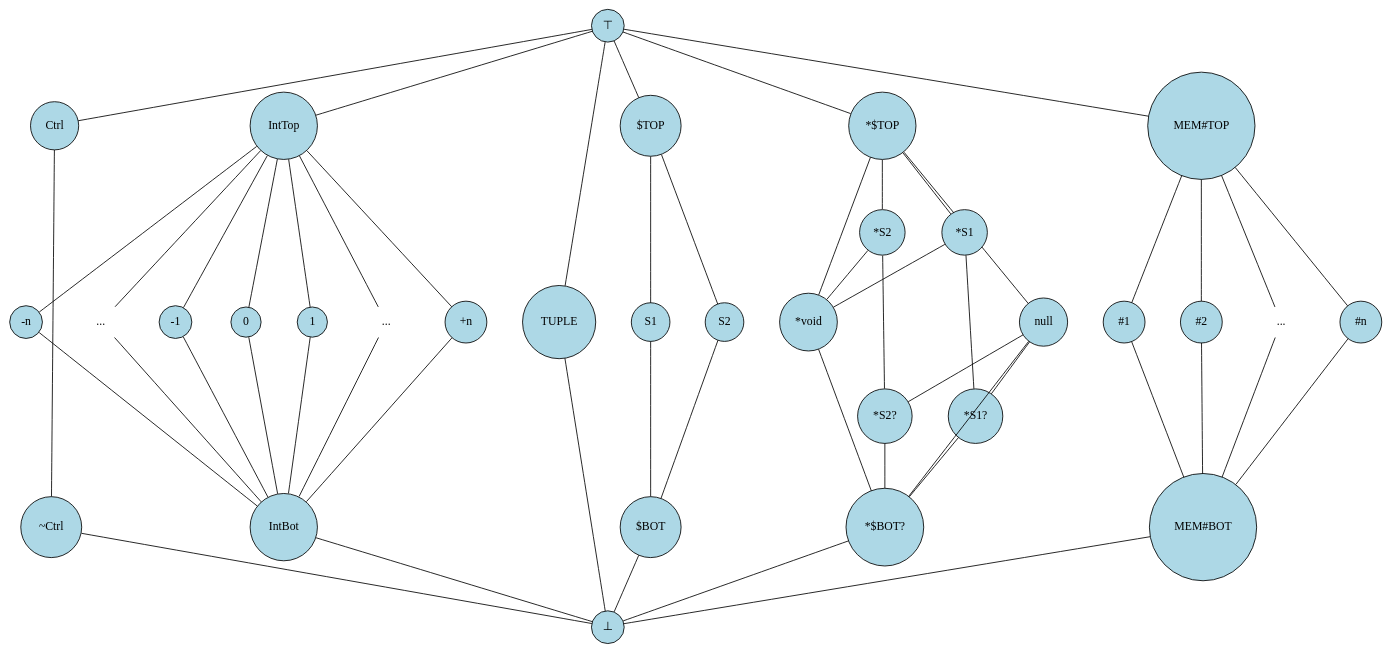
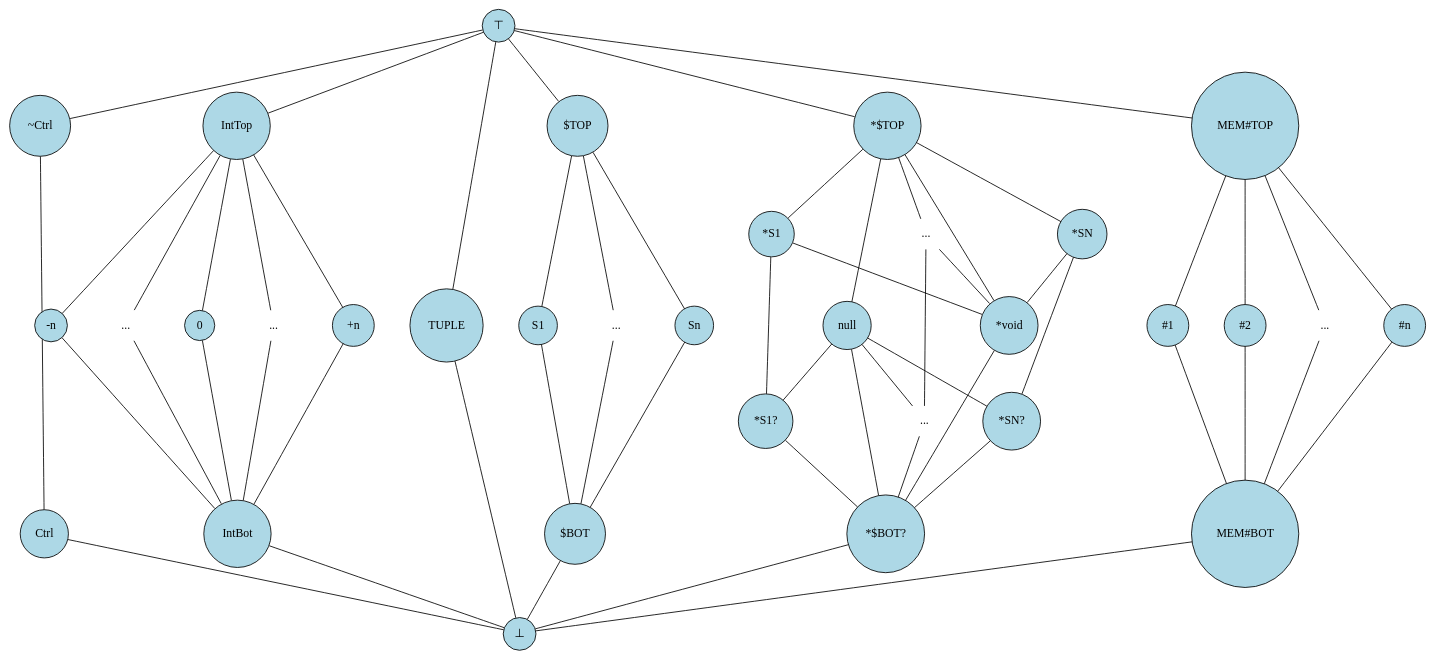
One commit to SeaOfNodes/Simple changed the diagram in chapter10/docs/lattice.gv. Above: the diagram before and after it, drawn with Graphviz. The commit also changed 2 other files, not shown here.

Commit message:
Update the lattice visual. Add description of the new edges in the SoN graph

```diff
--- a/chapter10/docs/lattice.gv
+++ b/chapter10/docs/lattice.gv
@@ -1,127 +1,135 @@
 digraph Lattice {
     // Define nodes
     splines=false;
     node [shape=circle, style=filled, fillcolor=lightblue];
     nodesep=0.6;
 
     TOP [label="⊤"];
     BOT [label="⊥"];
 
+    XCTRL [label="~Ctrl"];
     CTRL [label="Ctrl"];
-    XCTRL [label="~Ctrl"];
 
     INT_TOP [label="IntTop"];
     INT_BOT [label="IntBot"];
 
     INT_MIN [label="-n"];
     INT_MINDOTS [label="..." shape=none style=none];
-    INT_MINUS [label="-1"];
     INT_ZERO [label="0"];
-    INT_PLUS [label="1"];
     INT_MAXDOTS [label="..." shape=none style=none];
     INT_MAX [label="+n"];
 
     TUPLE [label="TUPLE"];
 
     STRUCT_TOP [label="$TOP"];
     STRUCT_S1  [label="S1"];
-    STRUCT_S2  [label="S2"];
+    STRUCT_DOTS  [label="..." shape=none style=none];
+    STRUCT_SN  [label="Sn"];
     STRUCT_BOT [label="$BOT"]
 
     PTR_TOP      [label="*$TOP"];
     PTR_NULL     [label="null"];
     PTR_VOIDPTR  [label="*void"];
     PTR_S1       [label="*S1"];
-    PTR_S2       [label="*S2"];
+    PTR_SDOTS    [label="..." shape=none style=none];
+    PTR_SN       [label="*SN"];
     PTR_S1OPT    [label="*S1?"];
-    PTR_S2OPT    [label="*S2?"];
+    PTR_SOPTDOTS    [label="..." shape=none style=none];
+    PTR_SNOPT    [label="*SN?"];
     PTR_BOT      [label="*$BOT?"];
 
     MEM_TOP      [label="MEM#TOP"];
     MEM_ALIAS1   [label="#1"];
     MEM_ALIAS2   [label="#2"];
     MEM_ALIASDOTS  [label="..." shape=none style=none];
     MEM_ALIASN   [label="#n"];
     MEM_BOT      [label="MEM#BOT"];
 
     // Define edges
     edge [arrowhead=none];
 
-    TOP -> CTRL;
-    CTRL -> XCTRL;
-    XCTRL -> BOT;
+    TOP -> XCTRL;
+    XCTRL -> CTRL;
+    CTRL -> BOT;
 
     TOP         -> INT_TOP;
     INT_TOP     -> INT_MIN;
     INT_TOP     -> INT_MINDOTS;
-    INT_TOP     -> INT_MINUS;
     INT_TOP     -> INT_ZERO;
-    INT_TOP     -> INT_PLUS;
     INT_TOP     -> INT_MAXDOTS;
     INT_TOP     -> INT_MAX;
     INT_MIN     -> INT_BOT;
     INT_MINDOTS -> INT_BOT;
-    INT_MINUS   -> INT_BOT;
     INT_ZERO    -> INT_BOT;
-    INT_PLUS    -> INT_BOT;
     INT_MAXDOTS -> INT_BOT;
     INT_MAX     -> INT_BOT;
     INT_BOT     -> BOT;
 
-    INT_MIN -> INT_MINDOTS -> INT_MINUS -> INT_ZERO -> INT_PLUS -> INT_MAXDOTS -> INT_MAX [style=invis];
+    INT_MIN -> INT_MINDOTS -> INT_ZERO -> INT_MAXDOTS -> INT_MAX [style=invis];
 
     TOP          -> TUPLE;
     TUPLE        -> BOT;
 
     TOP          -> STRUCT_TOP;
     STRUCT_TOP   -> STRUCT_S1;
-    STRUCT_TOP   -> STRUCT_S2;
+    STRUCT_TOP   -> STRUCT_DOTS;
+    STRUCT_TOP   -> STRUCT_SN;
     STRUCT_S1    -> STRUCT_BOT;
-    STRUCT_S2    -> STRUCT_BOT;
+    STRUCT_DOTS  -> STRUCT_BOT;
+    STRUCT_SN    -> STRUCT_BOT;
     STRUCT_BOT   -> BOT;
+
+    STRUCT_S1 -> STRUCT_DOTS -> STRUCT_SN [style=invis];
 
     TOP          -> PTR_TOP;
     PTR_TOP      -> PTR_S1;
-    PTR_TOP      -> PTR_S2;
+    PTR_TOP      -> PTR_SDOTS;
+    PTR_TOP      -> PTR_SN;
     PTR_TOP      -> PTR_NULL;
     PTR_TOP      -> PTR_VOIDPTR;
     PTR_NULL     -> PTR_BOT;
     PTR_NULL     -> PTR_S1OPT;
-    PTR_NULL     -> PTR_S2OPT;
+    PTR_NULL     -> PTR_SOPTDOTS;
+    PTR_NULL     -> PTR_SNOPT;
     PTR_S1       -> PTR_S1OPT;
     PTR_S1       -> PTR_VOIDPTR;
-    PTR_S2       -> PTR_S2OPT;
-    PTR_S2       -> PTR_VOIDPTR;
+    PTR_SDOTS    -> PTR_SOPTDOTS;
+    PTR_SDOTS    -> PTR_VOIDPTR;
+    PTR_SN       -> PTR_SNOPT;
+    PTR_SN       -> PTR_VOIDPTR;
     PTR_VOIDPTR  -> PTR_BOT;
     PTR_S1OPT    -> PTR_BOT;
-    PTR_S2OPT    -> PTR_BOT;
+    PTR_SOPTDOTS -> PTR_BOT;
+    PTR_SNOPT    -> PTR_BOT;
     PTR_BOT      -> BOT;
+
+    PTR_S1 -> PTR_SDOTS -> PTR_SN [style=invis];
+    PTR_S1OPT -> PTR_SOPTDOTS -> PTR_SNOPT [style=invis];
 
     TOP          -> MEM_TOP;
     MEM_TOP      -> MEM_ALIAS1;
     MEM_TOP      -> MEM_ALIAS2;
     MEM_TOP      -> MEM_ALIASDOTS;
     MEM_TOP      -> MEM_ALIASN;
     MEM_ALIAS1   -> MEM_BOT;
     MEM_ALIAS2   -> MEM_BOT;
     MEM_ALIASDOTS -> MEM_BOT;
     MEM_ALIASN    -> MEM_BOT;
     MEM_BOT       -> BOT;
 
     MEM_ALIAS1 -> MEM_ALIAS2 -> MEM_ALIASDOTS -> MEM_ALIASN [style=invis];
 
     // Additional customization
-    {rank=same; TOP}
-    {rank=same; INT_TOP; CTRL; STRUCT_TOP; PTR_TOP; MEM_TOP;}
-    {rank=same; PTR_S1; PTR_S2;}
+    {rank=same; TOP;}
+    {rank=same; INT_TOP; XCTRL; STRUCT_TOP; PTR_TOP; MEM_TOP;}
+    {rank=same; PTR_S1; PTR_SDOTS; PTR_SN;}
     {rank=same; INT_MIN; INT_MINDOTS;
-                INT_MINUS; INT_ZERO;
-                INT_PLUS; INT_MAXDOTS;
-                INT_MAX; TUPLE; STRUCT_S1; STRUCT_S2;
+                INT_ZERO; INT_MAXDOTS;
+                INT_MAX; TUPLE; STRUCT_S1; STRUCT_DOTS; STRUCT_SN;
                 PTR_NULL; PTR_VOIDPTR;
                 MEM_ALIAS1; MEM_ALIAS2;
                 MEM_ALIASDOTS; MEM_ALIASN;}
-    {rank=same; PTR_S1OPT; PTR_S2OPT;}
-    {rank=same; INT_BOT; XCTRL; STRUCT_BOT; PTR_BOT; MEM_BOT;}
+    {rank=same; PTR_S1OPT; PTR_SOPTDOTS; PTR_SNOPT; }
+    {rank=same; INT_BOT; CTRL; STRUCT_BOT; PTR_BOT; MEM_BOT;}
     {rank=same; BOT;}
 }
```
